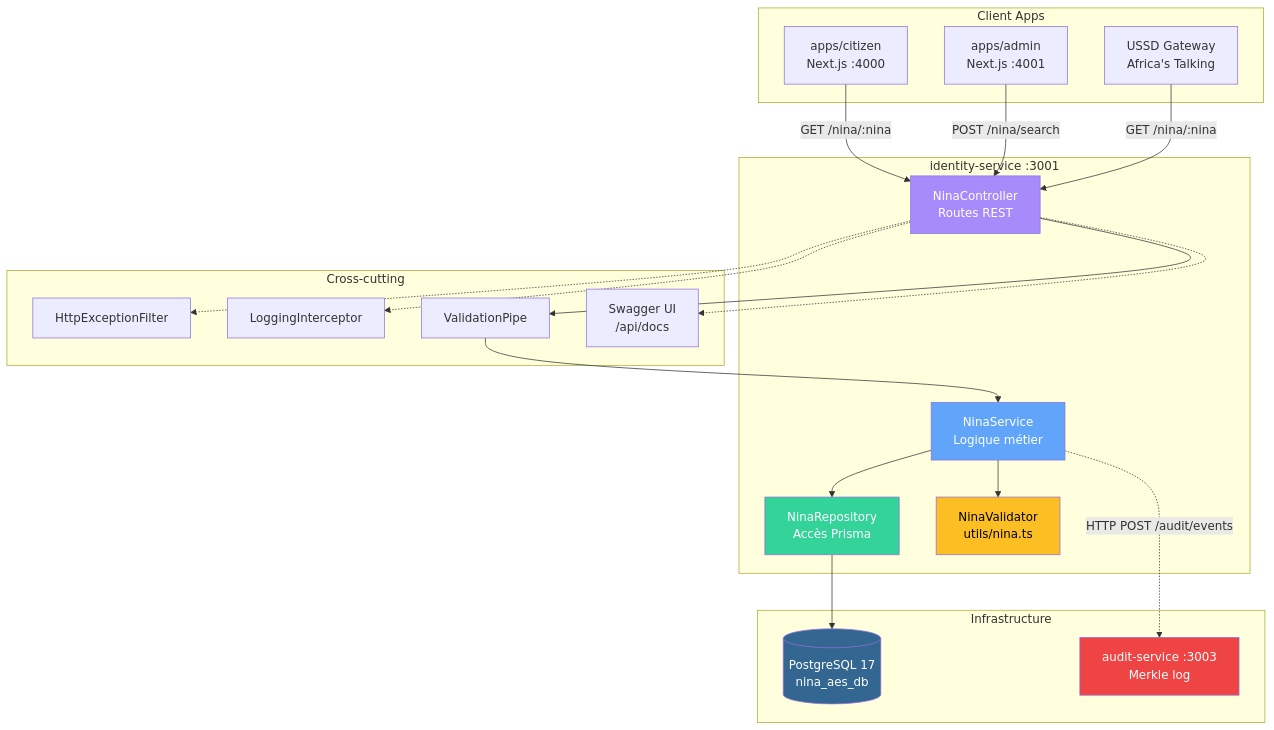
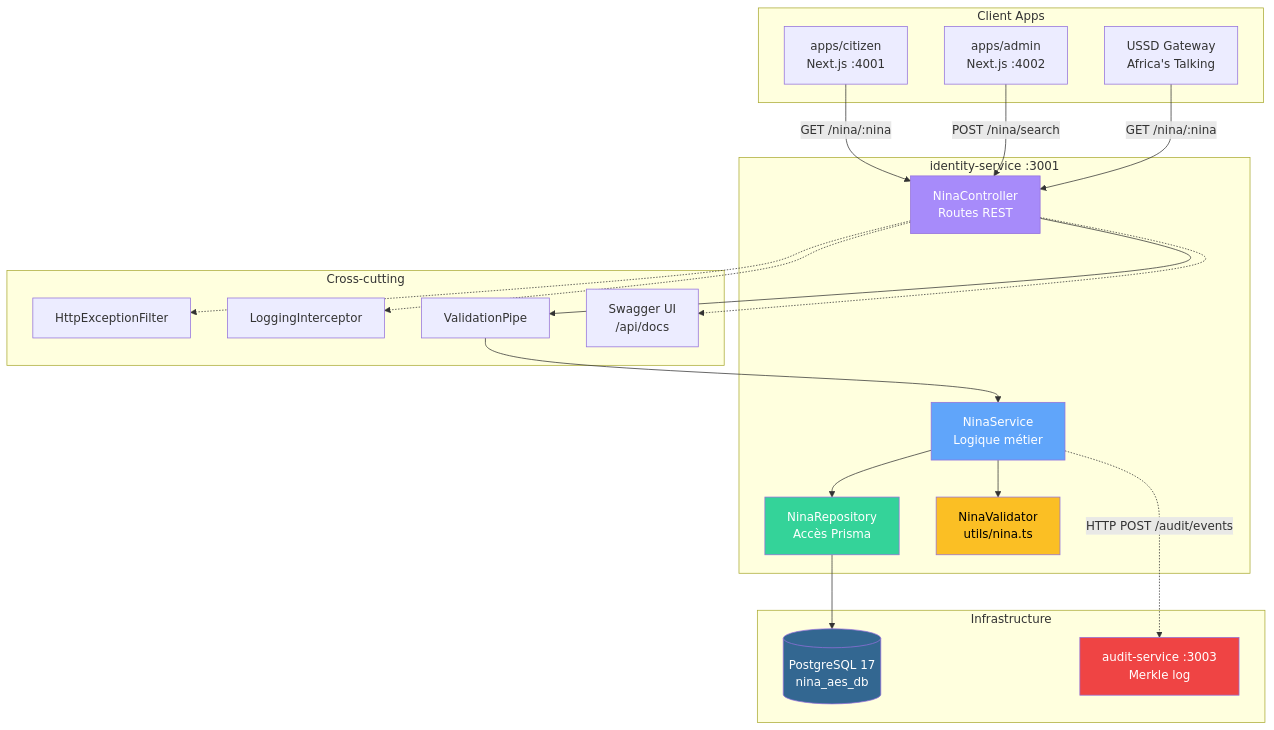
Before and after one commit to TheManInPink/Session-Ete-2026: the diagram in docs/07-BACKEND-IDENTITY-SERVICE.md, drawn with Mermaid. The commit also changed other lines of this file and 5 other files, not shown here.

````diff
--- a/docs/07-BACKEND-IDENTITY-SERVICE.md
+++ b/docs/07-BACKEND-IDENTITY-SERVICE.md
@@ -123,50 +123,50 @@
 ```mermaid
 flowchart TB
     subgraph "Client Apps"
-        CIT[apps/citizen<br/>Next.js :4000]
-        ADM[apps/admin<br/>Next.js :4001]
+        CIT[apps/citizen<br/>Next.js :4001]
+        ADM[apps/admin<br/>Next.js :4002]
         USSD[USSD Gateway<br/>Africa's Talking]
     end
 
     subgraph "identity-service :3001"
         CTRL[NinaController<br/>Routes REST]
         SVC[NinaService<br/>Logique métier]
         REPO[NinaRepository<br/>Accès Prisma]
         VAL[NinaValidator<br/>utils/nina.ts]
     end
 
     subgraph "Cross-cutting"
         FILTER[HttpExceptionFilter]
         INTERCEPT[LoggingInterceptor]
         PIPE[ValidationPipe]
         SWAGGER[Swagger UI<br/>/api/docs]
     end
 
     subgraph "Infrastructure"
         PG[(PostgreSQL 17<br/>nina_aes_db)]
         AUDIT[audit-service :3003<br/>Merkle log]
     end
 
     CIT -->|GET /nina/:nina| CTRL
     ADM -->|POST /nina/search| CTRL
     USSD -->|GET /nina/:nina| CTRL
 
     CTRL --> PIPE
     PIPE --> SVC
     SVC --> VAL
     SVC --> REPO
     REPO --> PG
 
     CTRL -.-> FILTER
     CTRL -.-> INTERCEPT
     CTRL -.-> SWAGGER
 
     SVC -.->|HTTP POST /audit/events| AUDIT
 
     style CTRL fill:#a78bfa,color:#fff
     style SVC fill:#60a5fa,color:#fff
     style REPO fill:#34d399,color:#fff
     style VAL fill:#fbbf24,color:#000
     style PG fill:#336791,color:#fff
     style AUDIT fill:#ef4444,color:#fff
 ```
````
